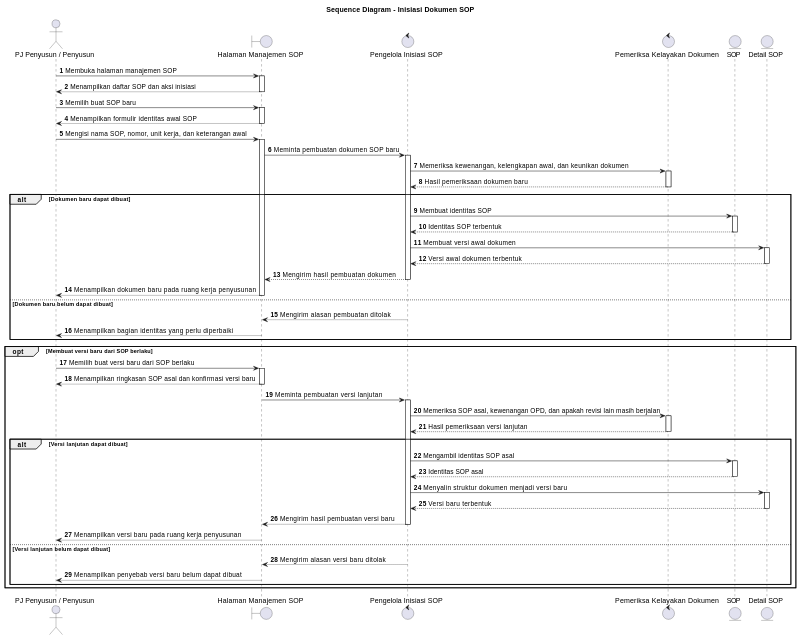
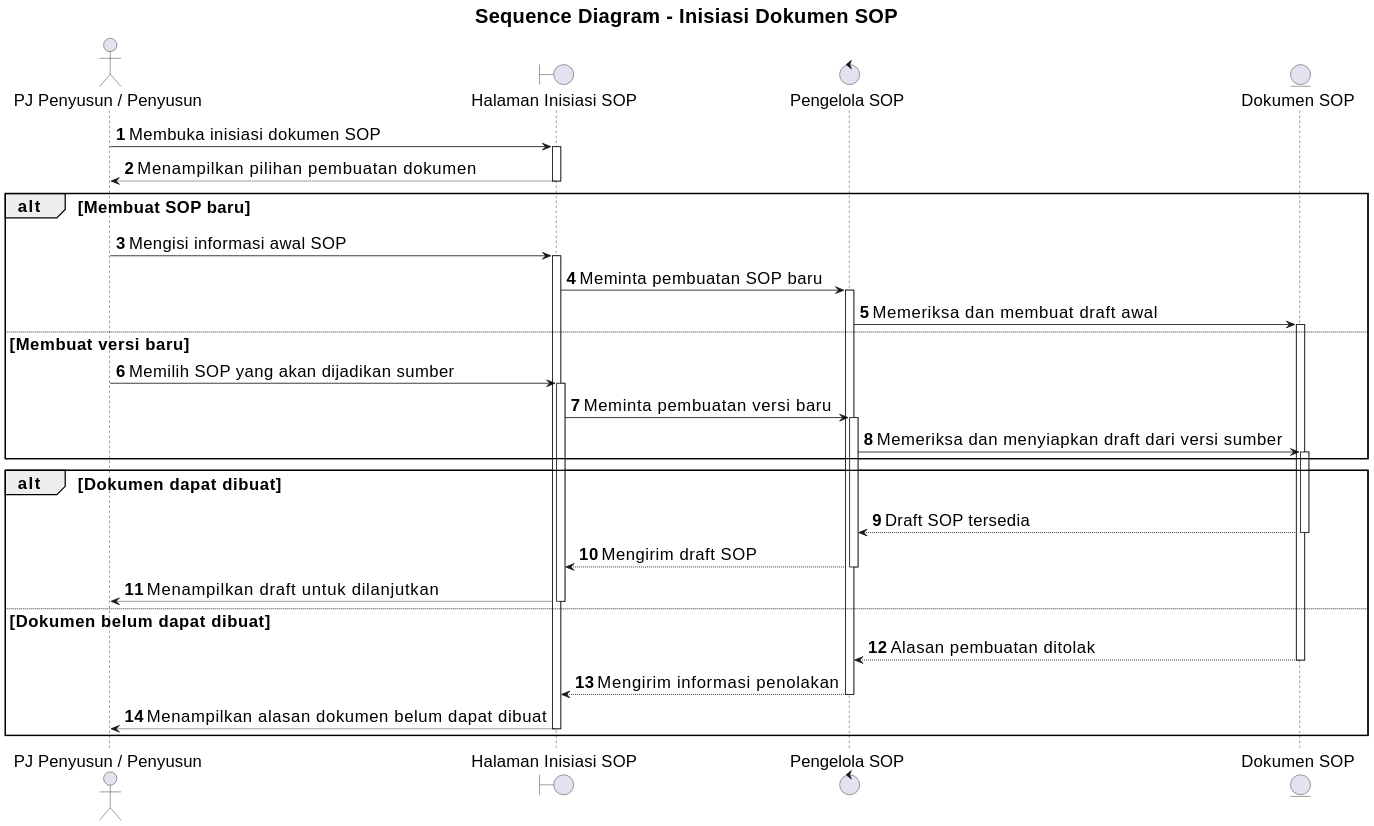
One commit to howlil/sop-generate-app changed the diagram in docs/sequence/lampiran/pj-penyusun-penyusun-inisiasi-dokumen-sop.md. Above: the diagram before and after it, drawn with PlantUML. The commit also changed other lines of this file and 20 other files, not shown here.

Commit message:
docs(sequence): align all sequence diagrams with use cases

````diff
--- a/docs/sequence/lampiran/pj-penyusun-penyusun-inisiasi-dokumen-sop.md
+++ b/docs/sequence/lampiran/pj-penyusun-penyusun-inisiasi-dokumen-sop.md
@@ -16,54 +16,40 @@
 ```plantuml
 @startuml
+skinparam defaultFontSize 20
+skinparam titleFontSize 24
+skinparam dpi 160
+
 title Sequence Diagram - Inisiasi Dokumen SOP
 autonumber
 autoactivate on
 
 actor "PJ Penyusun / Penyusun" as A
-boundary "Halaman Manajemen SOP" as B
-control "Pengelola Inisiasi SOP" as C
-control "Pemeriksa Kelayakan Dokumen" as D
-entity "SOP" as SOP
-entity "Detail SOP" as DetailSOP
+boundary "Halaman Inisiasi SOP" as B
+control "Pengelola SOP" as C
+entity "Dokumen SOP" as D
 
-A -> B : Membuka halaman manajemen SOP
-B --> A : Menampilkan daftar SOP dan aksi inisiasi
-A -> B : Memilih buat SOP baru
-B --> A : Menampilkan formulir identitas awal SOP
-A -> B : Mengisi nama SOP, nomor, unit kerja, dan keterangan awal
-B -> C : Meminta pembuatan dokumen SOP baru
-C -> D : Memeriksa kewenangan, kelengkapan awal, dan keunikan dokumen
-D --> C : Hasil pemeriksaan dokumen baru
-alt Dokumen baru dapat dibuat
-  C -> SOP : Membuat identitas SOP
-  SOP --> C : Identitas SOP terbentuk
-  C -> DetailSOP : Membuat versi awal dokumen
-  DetailSOP --> C : Versi awal dokumen terbentuk
-  C --> B : Mengirim hasil pembuatan dokumen
-  B --> A : Menampilkan dokumen baru pada ruang kerja penyusunan
-else Dokumen baru belum dapat dibuat
-  C --> B : Mengirim alasan pembuatan ditolak
-  B --> A : Menampilkan bagian identitas yang perlu diperbaiki
+A -> B : Membuka inisiasi dokumen SOP
+B --> A : Menampilkan pilihan pembuatan dokumen
+
+alt Membuat SOP baru
+  A -> B : Mengisi informasi awal SOP
+  B -> C : Meminta pembuatan SOP baru
+  C -> D : Memeriksa dan membuat draft awal
+else Membuat versi baru
+  A -> B : Memilih SOP yang akan dijadikan sumber
+  B -> C : Meminta pembuatan versi baru
+  C -> D : Memeriksa dan menyiapkan draft dari versi sumber
 end
 
-opt Membuat versi baru dari SOP berlaku
-  A -> B : Memilih buat versi baru dari SOP berlaku
-  B --> A : Menampilkan ringkasan SOP asal dan konfirmasi versi baru
-  B -> C : Meminta pembuatan versi lanjutan
-  C -> D : Memeriksa SOP asal, kewenangan OPD, dan apakah revisi lain masih berjalan
-  D --> C : Hasil pemeriksaan versi lanjutan
-  alt Versi lanjutan dapat dibuat
-    C -> SOP : Mengambil identitas SOP asal
-    SOP --> C : Identitas SOP asal
-    C -> DetailSOP : Menyalin struktur dokumen menjadi versi baru
-    DetailSOP --> C : Versi baru terbentuk
-    C --> B : Mengirim hasil pembuatan versi baru
-    B --> A : Menampilkan versi baru pada ruang kerja penyusunan
-  else Versi lanjutan belum dapat dibuat
-    C --> B : Mengirim alasan versi baru ditolak
-    B --> A : Menampilkan penyebab versi baru belum dapat dibuat
-  end
+alt Dokumen dapat dibuat
+  D --> C : Draft SOP tersedia
+  C --> B : Mengirim draft SOP
+  B --> A : Menampilkan draft untuk dilanjutkan
+else Dokumen belum dapat dibuat
+  D --> C : Alasan pembuatan ditolak
+  C --> B : Mengirim informasi penolakan
+  B --> A : Menampilkan alasan dokumen belum dapat dibuat
 end
 
 @enduml
 ```
````
